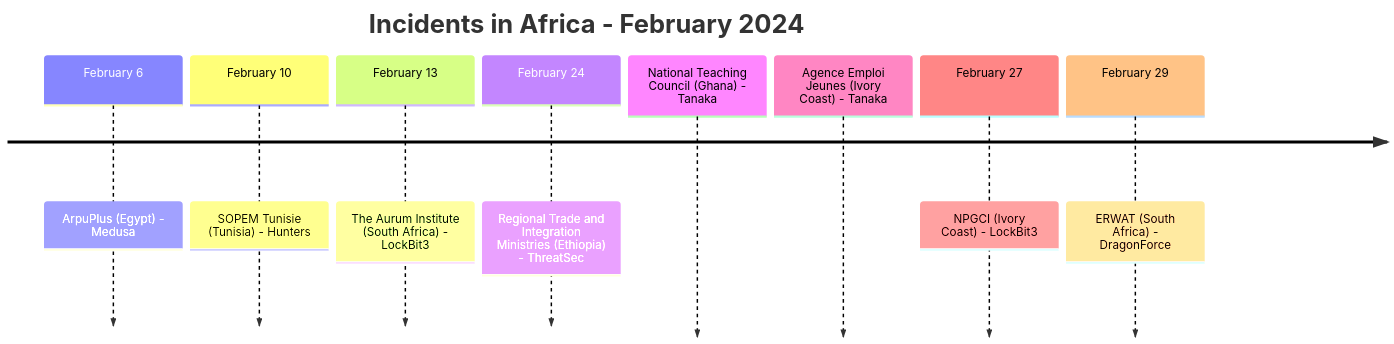
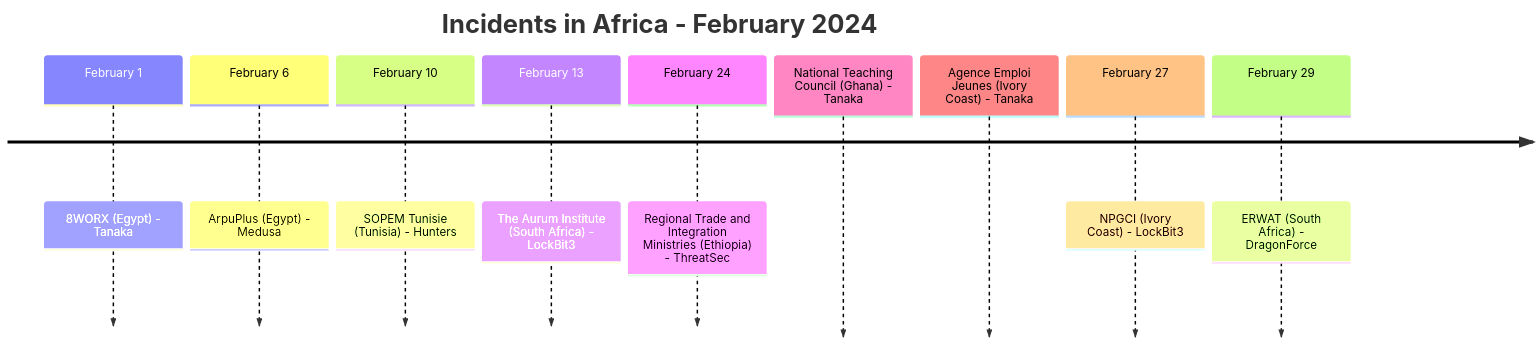
One commit to Hatchepsoute/AFRINTEL changed the first of 5 diagrams in CyberAttackAfrica/2024/02-february/README.md. Above: the diagram before and after it, drawn with Mermaid. The commit also changed other lines of this file and 17 other files, not shown here.

````diff
--- a/CyberAttackAfrica/2024/02-february/README.md
+++ b/CyberAttackAfrica/2024/02-february/README.md
@@ -39,12 +40,13 @@
 ```mermaid
 timeline
     title Incidents in Africa - February 2024
+    February 1 : 8WORX (Egypt) - Tanaka
     February 6 : ArpuPlus (Egypt) - Medusa
     February 10 : SOPEM Tunisie (Tunisia) - Hunters
     February 13 : The Aurum Institute (South Africa) - LockBit3
     February 24 : Regional Trade and Integration Ministries (Ethiopia) - ThreatSec
                National Teaching Council (Ghana) - Tanaka
                Agence Emploi Jeunes (Ivory Coast) - Tanaka
     February 27 : NPGCI (Ivory Coast) - LockBit3
     February 29 : ERWAT (South Africa) - DragonForce
 ```
````
